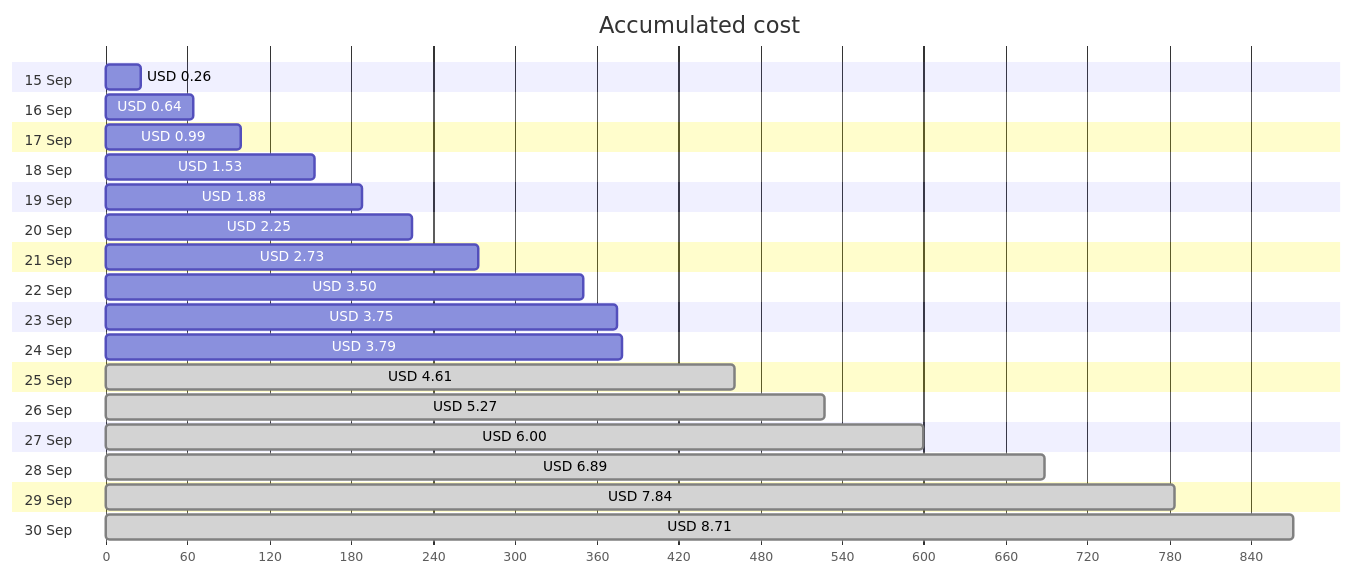
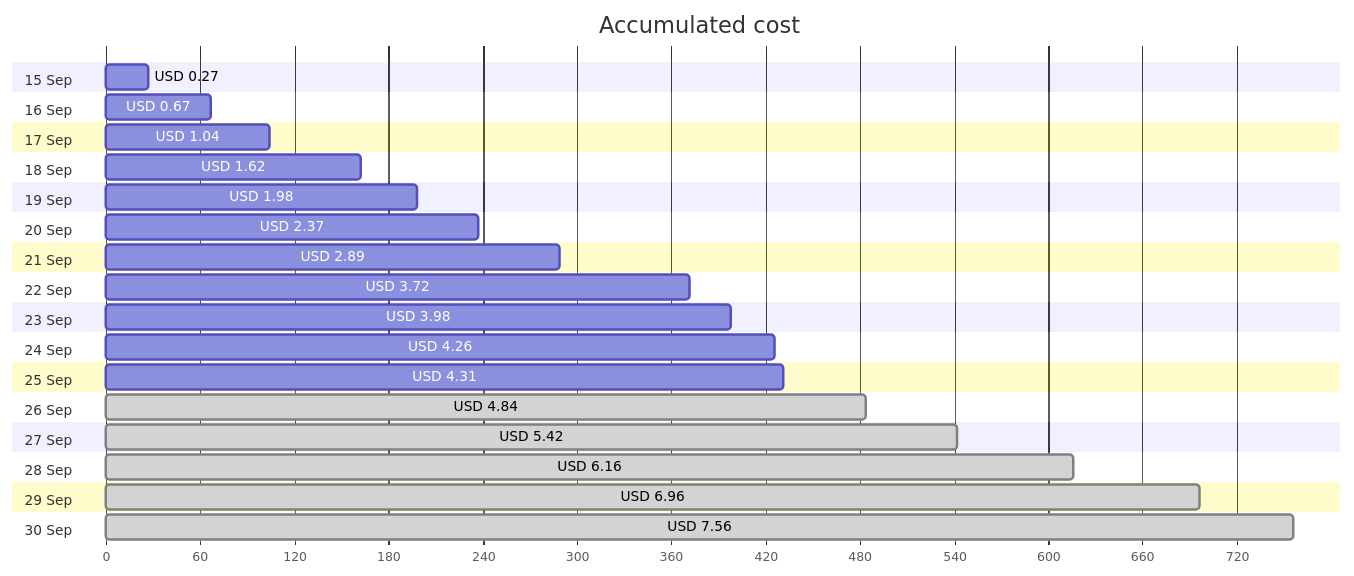
Before and after one commit to jpfulton/azure-personal-reports: the first of 4 diagrams in cost-reports/personal-network/vpn-server.md, drawn with Mermaid. The commit also changed other lines of this file and 9 other files, not shown here.

````diff
--- a/cost-reports/personal-network/vpn-server.md
+++ b/cost-reports/personal-network/vpn-server.md
@@ -20,38 +20,38 @@
 ```mermaid
 gantt
    title Accumulated cost
    dateFormat  X
    axisFormat %s
    section 15 Sep
-   USD 0.26 :0, 26
+   USD 0.27 :0, 27
    section 16 Sep
-   USD 0.64 :0, 64
+   USD 0.67 :0, 67
    section 17 Sep
-   USD 0.99 :0, 99
+   USD 1.04 :0, 104
    section 18 Sep
-   USD 1.53 :0, 153
+   USD 1.62 :0, 162
    section 19 Sep
-   USD 1.88 :0, 188
+   USD 1.98 :0, 198
    section 20 Sep
-   USD 2.25 :0, 225
+   USD 2.37 :0, 237
    section 21 Sep
-   USD 2.73 :0, 273
+   USD 2.89 :0, 289
    section 22 Sep
-   USD 3.50 :0, 350
+   USD 3.72 :0, 372
    section 23 Sep
-   USD 3.75 :0, 375
+   USD 3.98 :0, 398
    section 24 Sep
-   USD 3.79 :0, 379
+   USD 4.26 :0, 426
    section 25 Sep
-   USD 4.61 : done, 0, 461
+   USD 4.31 :0, 431
    section 26 Sep
-   USD 5.27 : done, 0, 527
+   USD 4.84 : done, 0, 484
    section 27 Sep
-   USD 6.00 : done, 0, 600
+   USD 5.42 : done, 0, 542
    section 28 Sep
-   USD 6.89 : done, 0, 689
+   USD 6.16 : done, 0, 616
    section 29 Sep
-   USD 7.84 : done, 0, 784
+   USD 6.96 : done, 0, 696
    section 30 Sep
-   USD 8.71 : done, 0, 871
+   USD 7.56 : done, 0, 756
 ```
````
